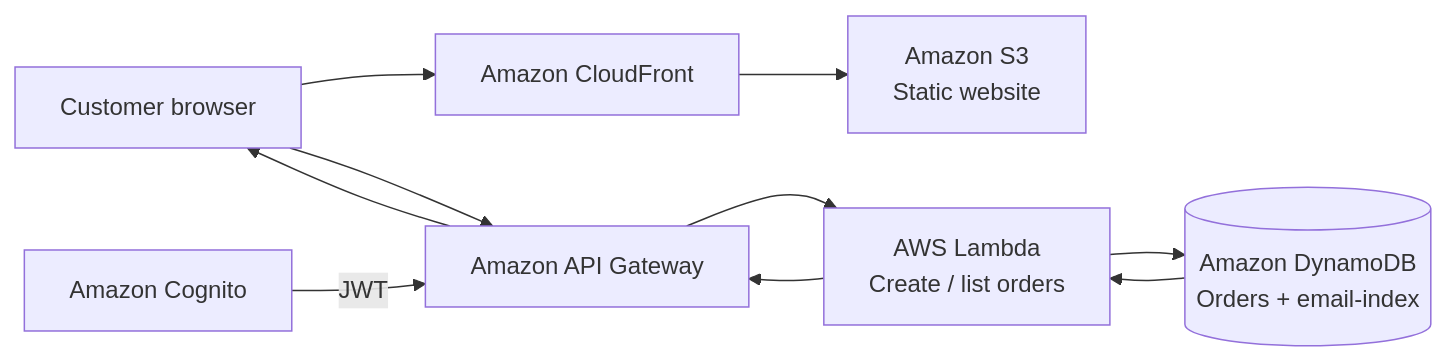
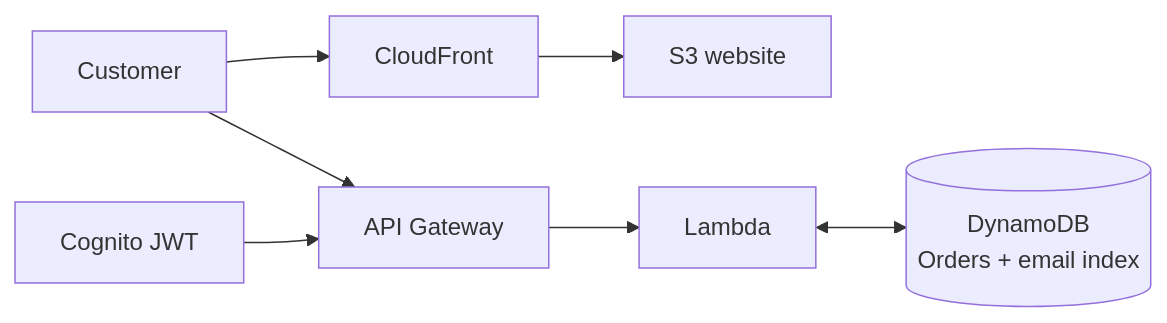
Before and after one commit to Kedi-Shuping/aws-restart-journey: the diagram in Projects/Project-1-Restaurant-Website/README.md, drawn with Mermaid.

Commit message:
Compact the Project 1 architecture diagram

````diff
--- a/Projects/Project-1-Restaurant-Website/README.md
+++ b/Projects/Project-1-Restaurant-Website/README.md
@@ -33,12 +33,9 @@
 ```mermaid
 flowchart LR
-    A[Customer browser] --> B[Amazon CloudFront]
-    B --> C[Amazon S3<br/>Static website]
-    A --> D[Amazon API Gateway]
-    E[Amazon Cognito] -->|JWT| D
-    D --> F[AWS Lambda<br/>Create / list orders]
-    F --> G[(Amazon DynamoDB<br/>Orders + email-index)]
-    G --> F
-    F --> D
-    D --> A
+    C[Customer] --> CF[CloudFront]
+    CF --> S3[S3 website]
+    C --> API[API Gateway]
+    Auth[Cognito JWT] --> API
+    API --> L[Lambda]
+    L <--> DB[(DynamoDB<br/>Orders + email index)]
 ```
````
